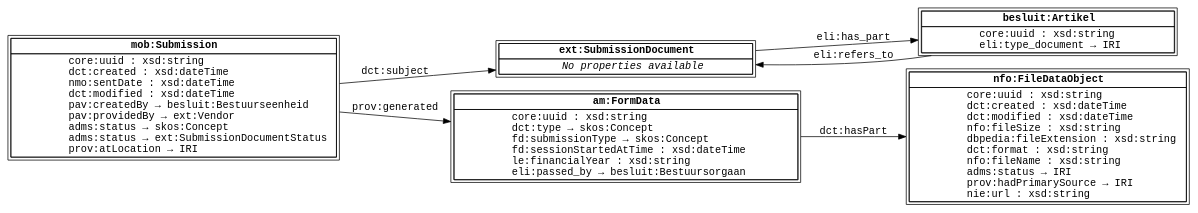
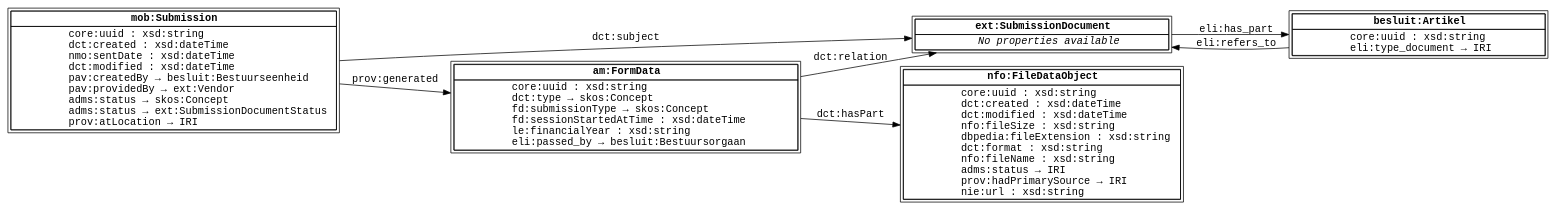
Before and after one commit to lblod/pages-vendors: the diagram in DiagramsSource/erediensten-toezichtsdatabank-sparql.dot, drawn with Graphviz. The commit also changed 2 other files, not shown here.

Commit message:
Add relation in diagrams

```diff
--- a/DiagramsSource/erediensten-toezichtsdatabank-sparql.dot
+++ b/DiagramsSource/erediensten-toezichtsdatabank-sparql.dot
@@ -1,99 +1,100 @@
 digraph SubmissionData {
   node [shape="box", peripheries=2, margin=0, fontname="Monospace"];
   edge [fontname="Monospace"]
   rankdir="LR"
 
   Submission [label=<
     <table border="0" cellspacing="0" cellborder="1">
       <tr>
         <td><b>mob:Submission</b></td>
       </tr>
       <tr>
         <td balign="left">
           core:uuid : xsd:string <br/>
           dct:created : xsd:dateTime <br/>
           nmo:sentDate : xsd:dateTime <br/>
           dct:modified : xsd:dateTime <br/>
           pav:createdBy → besluit:Bestuurseenheid <br/>
           pav:providedBy → ext:Vendor <br/>
           adms:status → skos:Concept <br/>
           adms:status → ext:SubmissionDocumentStatus <br/>
           prov:atLocation → IRI
         </td>
       </tr>
     </table>
   >];
 
   SubmissionDocument [label=<
     <table border="0" cellspacing="0" cellborder="1">
       <tr>
         <td><b>ext:SubmissionDocument</b></td>
       </tr>
       <tr>
         <td>
           <i>No properties available</i>
         </td>
       </tr>
     </table>
   >];
 
   Artikel [label=<
     <table border="0" cellspacing="0" cellborder="1">
       <tr>
         <td><b>besluit:Artikel</b></td>
       </tr>
       <tr>
         <td balign="left">
           core:uuid : xsd:string <br/>
           eli:type_document → IRI
         </td>
       </tr>
     </table>
   >];
 
   FormData [label=<
     <table border="0" cellspacing="0" cellborder="1">
       <tr>
         <td><b>am:FormData</b></td>
       </tr>
       <tr>
         <td balign="left">
           core:uuid : xsd:string <br/>
           dct:type → skos:Concept <br/>
           fd:submissionType → skos:Concept <br/>
           fd:sessionStartedAtTime : xsd:dateTime <br/>
           le:financialYear : xsd:string <br/>
           eli:passed_by → besluit:Bestuursorgaan
         </td>
       </tr>
     </table>
   >];
 
   File [label=<
     <table border="0" cellspacing="0" cellborder="1">
       <tr>
         <td><b>nfo:FileDataObject</b></td>
       </tr>
       <tr>
         <td balign="left">
           core:uuid : xsd:string <br/>
           dct:created : xsd:dateTime <br/>
           dct:modified : xsd:dateTime <br/>
           nfo:fileSize : xsd:string <br/>
           dbpedia:fileExtension : xsd:string <br/>
           dct:format : xsd:string <br/>
           nfo:fileName : xsd:string <br/>
           adms:status → IRI <br/>
           prov:hadPrimarySource → IRI <br/>
           nie:url : xsd:string
         </td>
       </tr>
     </table>
   >];
 
   Submission -> SubmissionDocument [label="dct:subject"];
   Submission -> FormData [label="prov:generated"];
   SubmissionDocument -> Artikel [label="eli:has_part"];
-  Artikel -> SubmissionDocument [label="eli:refers_to"]
+  Artikel -> SubmissionDocument [label="eli:refers_to"];
   FormData -> File [label="dct:hasPart"];
+  FormData -> SubmissionDocument [label="dct:relation"];
 }
```
